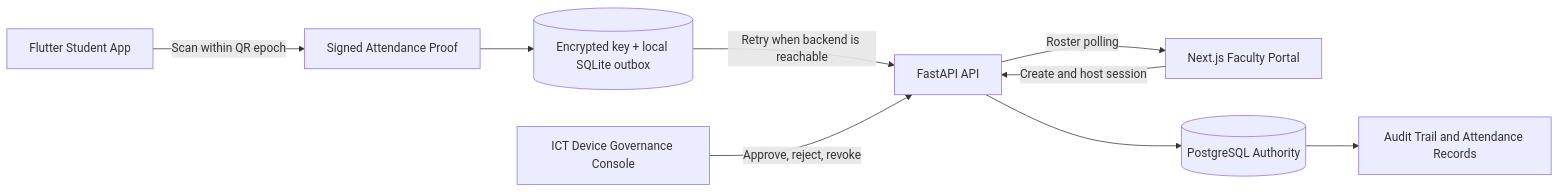
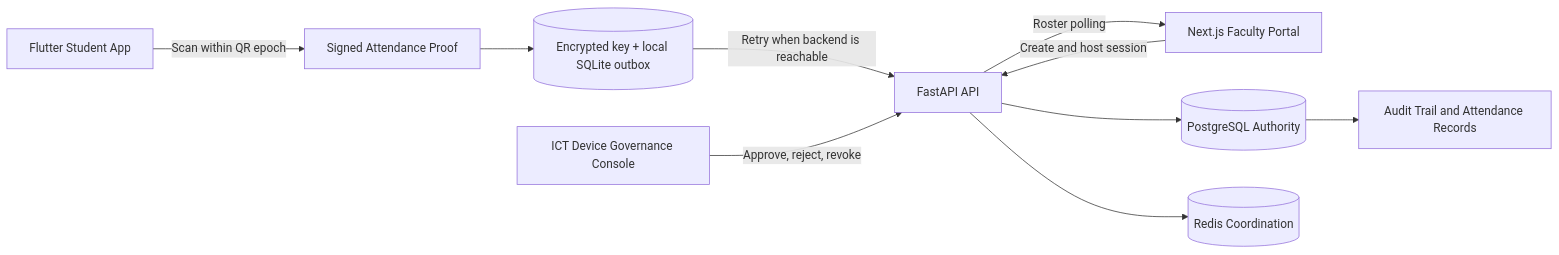
The first of 3 diagrams in README.md (InsaneCoder789/offlineqr-attendance), drawn with Mermaid before and after one commit. The commit also changed other lines of this file and 28 other files, not shown here.

First line of the commit message:
feat: secure faculty identities with Redis coordination

````diff
--- a/README.md
+++ b/README.md
@@ -40,11 +43,12 @@
 ```mermaid
 flowchart LR
     Student[Flutter Student App] -->|Scan within QR epoch| Proof[Signed Attendance Proof]
     Proof --> Local[(Encrypted key + local SQLite outbox)]
     Local -->|Retry when backend is reachable| API[FastAPI API]
     Faculty[Next.js Faculty Portal] -->|Create and host session| API
     API --> DB[(PostgreSQL Authority)]
+    API --> Redis[(Redis Coordination)]
     API -->|Roster polling| Faculty
     ICT[ICT Device Governance Console] -->|Approve, reject, revoke| API
     DB --> Audit[Audit Trail and Attendance Records]
 ```
````
